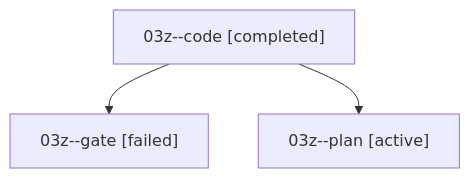
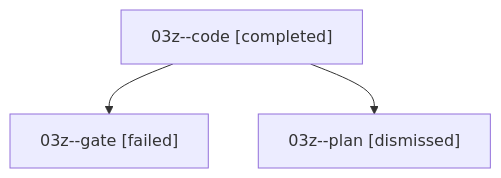
One commit to sase-org/sase--agents changed the diagram in sessions/bbugyi200.athena.03z.md. Above: the diagram before and after it, drawn with Mermaid. The commit also changed other lines of this file and 34 other files, not shown here.

````diff
--- a/sessions/bbugyi200.athena.03z.md
+++ b/sessions/bbugyi200.athena.03z.md
@@ -9,8 +9,8 @@
 ```mermaid
 flowchart TD
   n0["03z--code [completed]"]
   n1["03z--gate [failed]"]
   n0 --> n1
-  n2["03z--plan [active]"]
+  n2["03z--plan [dismissed]"]
   n0 --> n2
 ```
````
